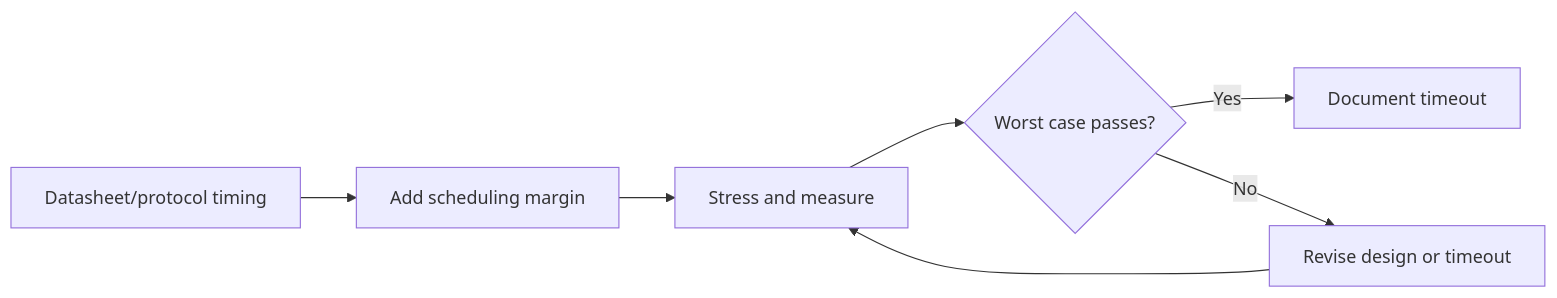
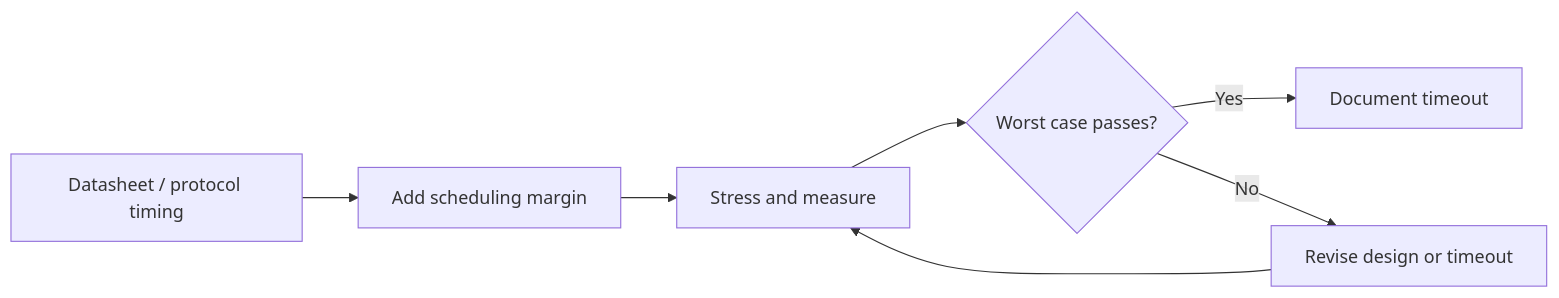
Before and after one commit to veer-Singh/TechBlogs: the fifth of 5 diagrams in blogs/EMBEDDED_INTERVIEW_PREPERATION/ADVANCED/04_EMBEDDED_C/Embedded_C_advance_questions.md, drawn with Mermaid. The commit also changed other lines of this file and 33 other files, not shown here.

````diff
--- a/blogs/EMBEDDED_INTERVIEW_PREPERATION/ADVANCED/04_EMBEDDED_C/Embedded_C_advance_questions.md
+++ b/blogs/EMBEDDED_INTERVIEW_PREPERATION/ADVANCED/04_EMBEDDED_C/Embedded_C_advance_questions.md
@@ -347,9 +528,9 @@
 ```mermaid
 flowchart LR
-	Spec[Datasheet/protocol timing] --> Budget[Add scheduling margin]
-	Budget --> Test[Stress and measure]
-	Test --> Pass{Worst case passes?}
-	Pass -->|Yes| Contract[Document timeout]
-	Pass -->|No| Revise[Revise design or timeout]
-	Revise --> Test
+    Spec["Datasheet / protocol timing"] --> Budget["Add scheduling margin"]
+    Budget --> Test["Stress and measure"]
+    Test --> Pass{"Worst case passes?"}
+    Pass -->|Yes| Contract["Document timeout"]
+    Pass -->|No| Revise["Revise design or timeout"]
+    Revise --> Test
 ```
````
